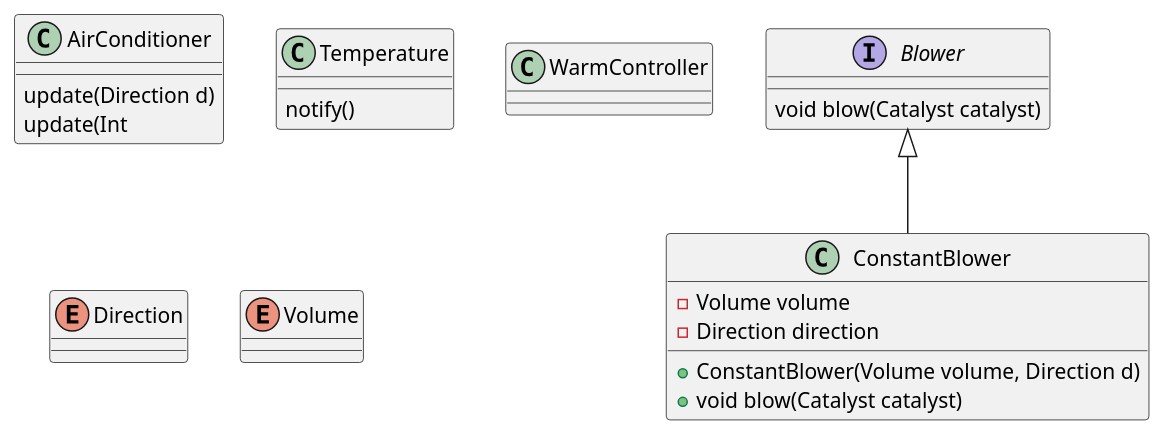
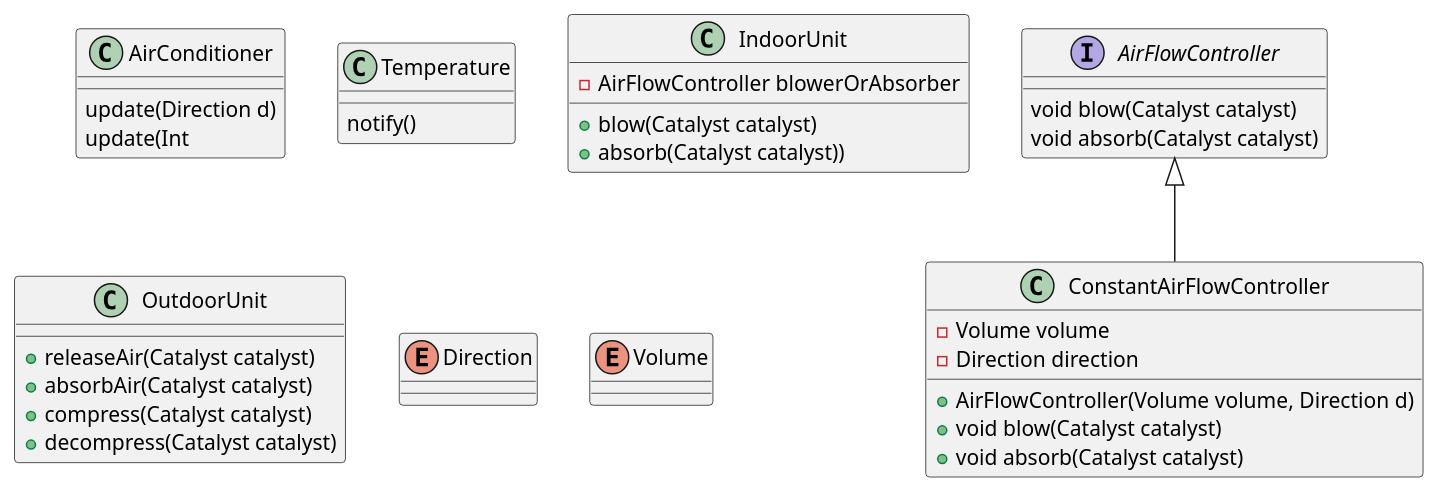
One commit to yatakeke/modeling-training changed the diagram in air-conditioner.puml. Above: the diagram before and after it, drawn with PlantUML.

Commit message:
室内機と室外機の責務を明確にした

```diff
--- a/air-conditioner.puml
+++ b/air-conditioner.puml
@@ -1,40 +1,49 @@
 @startuml
 'https://plantuml.com/class-diagram
 
 class AirConditioner {
 update(Direction d)
 update(Int
 }
 
-
-
 class Temperature {
 notify()
 }
 
-class WarmController {
-
+class IndoorUnit {
+-AirFlowController blowerOrAbsorber
++blow(Catalyst catalyst)
++absorb(Catalyst catalyst))
 }
 
-
-Interface Blower {
-void blow(Catalyst catalyst)
+'意図が少し違うことを明確にするためにあえて違う名前にしてみた
+class OutdoorUnit {
++releaseAir(Catalyst catalyst)
++absorbAir(Catalyst catalyst)
++compress(Catalyst catalyst)
++decompress(Catalyst catalyst)
 }
 
-Blower <|-- ConstantBlower
-'autoとかの実装を後ほどする
+interface AirFlowController {
+void blow(Catalyst catalyst)
+void absorb(Catalyst catalyst)
+}
 
-class ConstantBlower {
-- Volume volume
-- Direction direction
-+ConstantBlower(Volume volume, Direction d)
-+ void blow(Catalyst catalyst)
+AirFlowController <|-- ConstantAirFlowController
+'TODO: autoとかの実装を後ほどする
+
+class ConstantAirFlowController {
+-Volume volume
+-Direction direction
++AirFlowController(Volume volume, Direction d)
++void blow(Catalyst catalyst)
++void absorb(Catalyst catalyst)
 }
 
 enum Direction {
 }
 
 enum Volume {
 }
 
 @enduml
```
